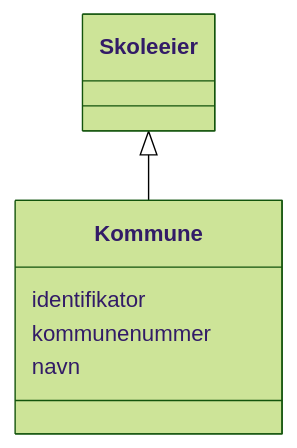
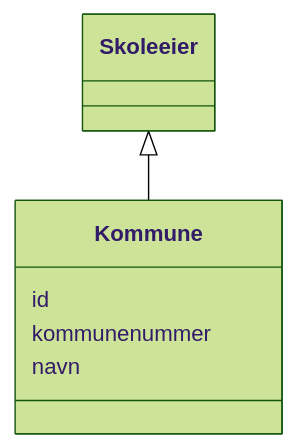
Before and after one commit to brreg/linkml-w3c-no-profiles: the diagram in mkdocs/docs/samt/samt-bu/klasser/kommune.md, drawn with Mermaid (forest theme). The commit also changed other lines of this file and 541 other files, not shown here.

````diff
--- a/mkdocs/docs/samt/samt-bu/klasser/kommune.md
+++ b/mkdocs/docs/samt/samt-bu/klasser/kommune.md
@@ -18,15 +18,15 @@
 ```mermaid
  classDiagram
     class Kommune
     click Kommune href "../Kommune/"
       Skoleeier <|-- Kommune
         click Skoleeier href "../Skoleeier/"
       
-      Kommune : identifikator
+      Kommune : id
         
       Kommune : kommunenummer
         
       Kommune : navn
         
       
 ```
````
